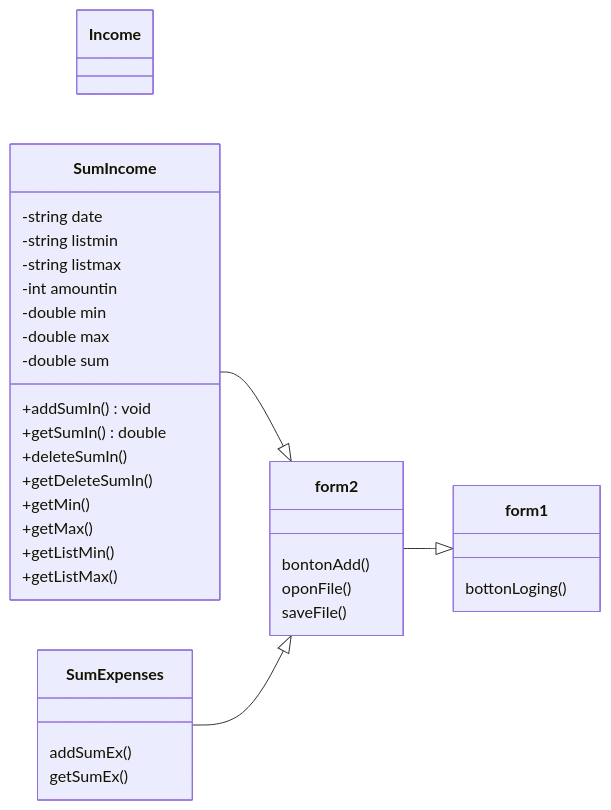
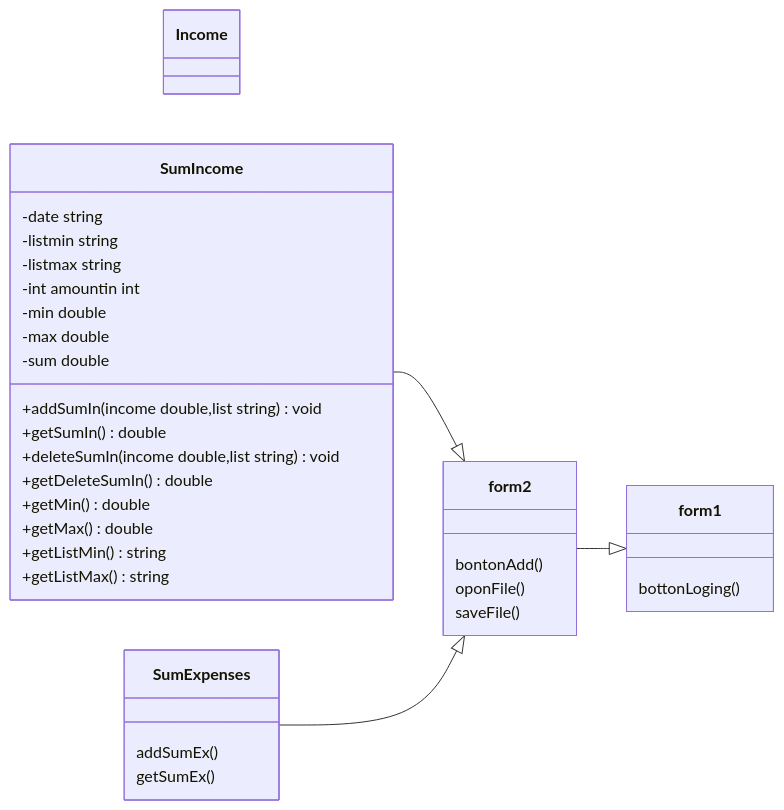
Before and after one commit to Naphapilan/Final-Project: the diagram in README.md, drawn with Mermaid.

````diff
--- a/README.md
+++ b/README.md
@@ -12,38 +12,38 @@
 ```mermaid
 classDiagram
   direction LR
   class form1{
   bottonLoging()
   }
   class form2{
   bontonAdd()
   oponFile()
   saveFile()
   }
   class Income{
   }
   class SumIncome{
-  -string date
-  -string listmin
-  -string listmax
-  -int amountin
-  -double min
-  -double max
-  -double sum
-  +addSumIn()void
+  -date string
+  -listmin string
+  -listmax string
+  -int amountin int
+  -min double
+  -max double
+  -sum double
+  +addSumIn(income double,list string)void
   +getSumIn()double
-  +deleteSumIn()
-  +getDeleteSumIn()
-  +getMin()
-  +getMax()
-  +getListMin()
-  +getListMax()
+  +deleteSumIn(income double,list string)void
+  +getDeleteSumIn()double
+  +getMin()double
+  +getMax()double
+  +getListMin()string
+  +getListMax()string
   }
   class SumExpenses{
   addSumEx()
   getSumEx()
   }
   form2 --|> form1
   SumIncome --|> form2
   SumExpenses --|> form2
 ```
````
